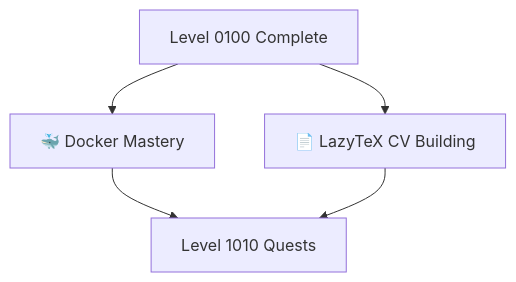
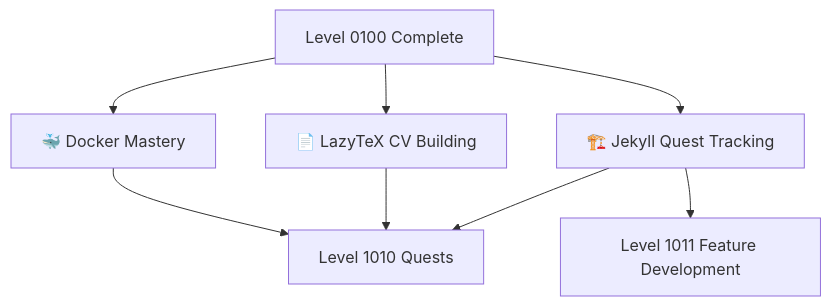
Before and after one commit to bamr87/it-journey: the diagram in pages/_quests/0101/README.md, drawn with Mermaid. The commit also changed other lines of this file and 23 other files, not shown here.

````diff
--- a/pages/_quests/0101/README.md
+++ b/pages/_quests/0101/README.md
@@ -70,7 +88,10 @@
 ```mermaid
 graph TD
     A[Level 0100 Complete] --> B[🐳 Docker Mastery]
     A --> C[📄 LazyTeX CV Building]
+    A --> E[🏗️ Jekyll Quest Tracking]
     B --> D[Level 1010 Quests]
     C --> D
+    E --> D
+    E --> F[Level 1011 Feature Development]
 ```
````
